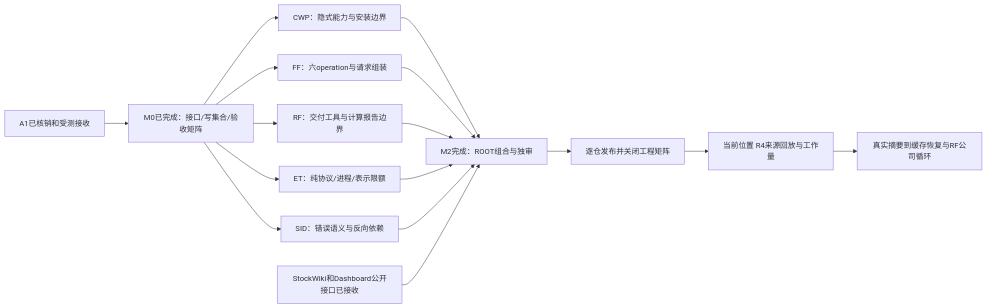
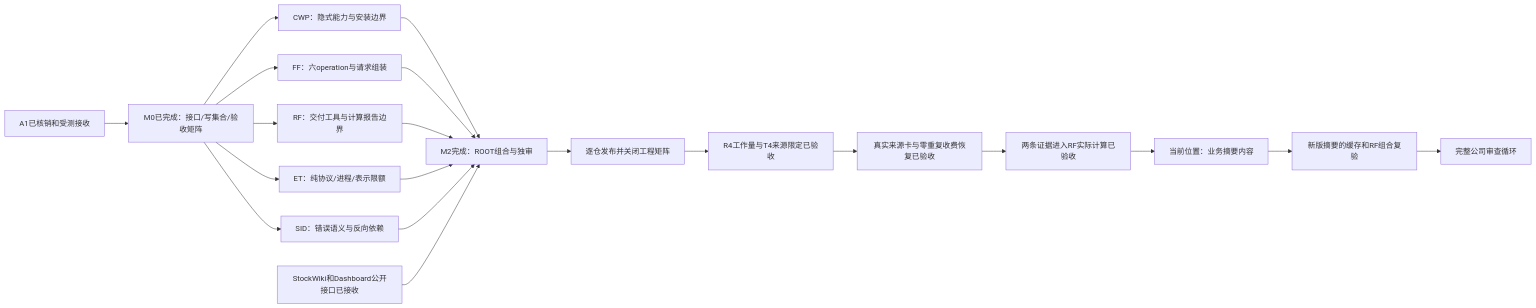
Before and after one commit to zhengcb81/company-wiki: the diagram in docs/plans/module-boundaries-2026-11-11/README.md, drawn with Mermaid. The commit also changed other lines of this file and 2 other files, not shown here.

Commit message:
Align the current roadmap after module boundary acceptance

````diff
--- a/docs/plans/module-boundaries-2026-11-11/README.md
+++ b/docs/plans/module-boundaries-2026-11-11/README.md
@@ -22,18 +22,22 @@
 ```mermaid
 flowchart LR
   A[A1已核销和受测接收] --> B[M0已完成：接口/写集合/验收矩阵]
   B --> C1[CWP：隐式能力与安装边界]
   B --> C2[FF：六operation与请求组装]
   B --> C3[RF：交付工具与计算报告边界]
   B --> C4[ET：纯协议/进程/表示限额]
   B --> C5[SID：错误语义与反向依赖]
   C1 --> D[M2完成：ROOT组合与独审]
   C2 --> D
   C3 --> D
   C4 --> D
   C5 --> D
   S[StockWiki和Dashboard公开接口已接收] --> D
   D --> E[逐仓发布并关闭工程矩阵]
-  E --> F[当前位置 R4来源回放与工作量]
-  F --> G[真实摘要到缓存恢复与RF公司循环]
+  E --> F[R4工作量与T4来源限定已验收]
+  F --> G[真实来源卡与零重复收费恢复已验收]
+  G --> H[两条证据进入RF实际计算已验收]
+  H --> I[当前位置：业务摘要内容]
+  I --> J[新版摘要的缓存和RF组合复验]
+  J --> K[完整公司审查循环]
 ```
````
